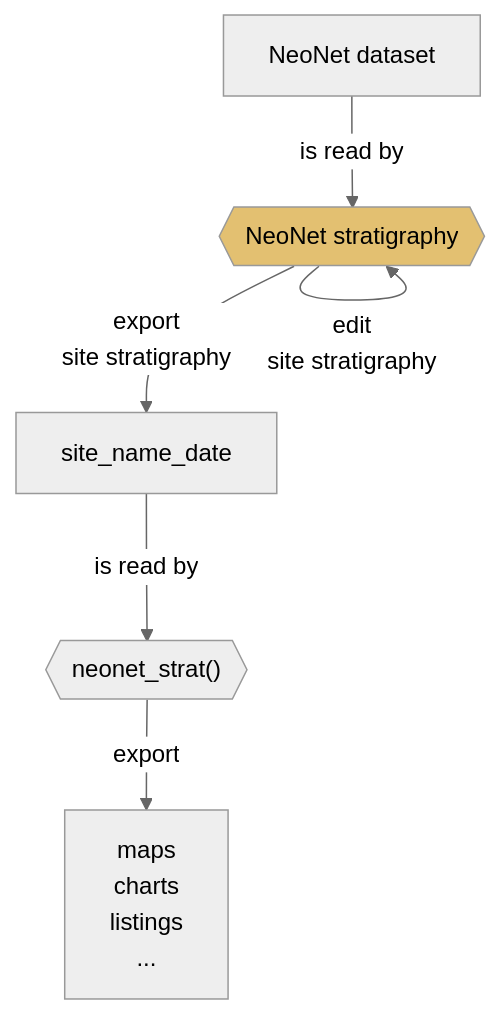
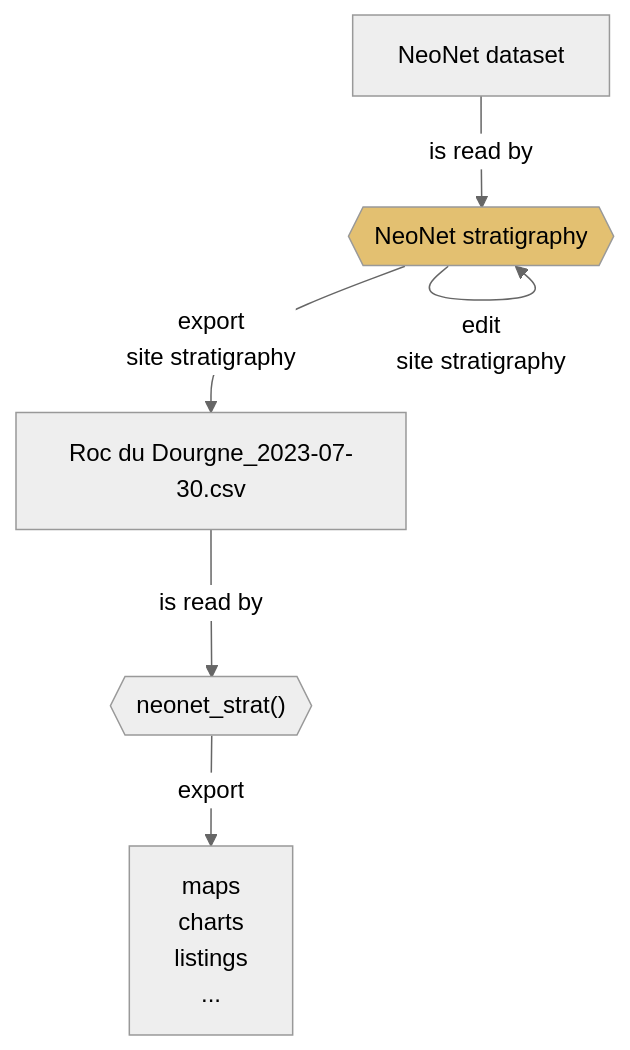
Before and after one commit to historical-time/caa-chrono-sig: the diagram in neonet/README.md, drawn with Mermaid (neutral theme).

````diff
--- a/neonet/README.md
+++ b/neonet/README.md
@@ -25,10 +25,10 @@
 ```mermaid
 flowchart TD
     A[NeoNet dataset] --is read by--> B{{"NeoNet stratigraphy"}}:::neonetshiny;
     B --edit<br>site stratigraphy--> B;
-    B --export<br>site stratigraphy--> C[site_name_date];
+    B --export<br>site stratigraphy--> C["Roc du Dourgne_2023-07-30.csv"];
     C --is read by--> D{{"neonet_strat()"}}:::neonetfunc;
     D --export --> E[maps<br>charts<br>listings<br>...];
     classDef neonetshiny fill:#e3c071;
     classDef neonetfunct fill:#71e37c;
 ```
````
